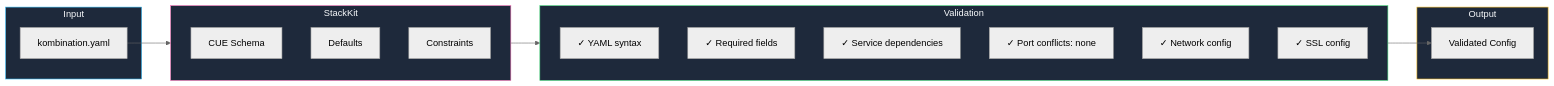
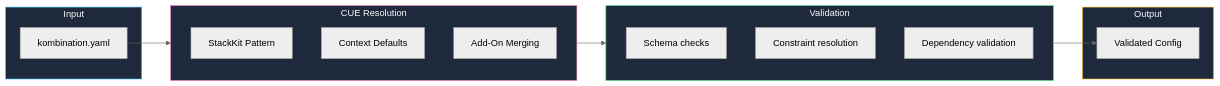
One commit to KombiverseLabs/docs changed the first of 2 diagrams in concepts/stackkits.mdx. Above: the diagram before and after it, drawn with Mermaid (neutral theme). The commit also changed other lines of this file and 1 other file, not shown here.

First line of the commit message:
docs: rewrite StackKits pages for v4 architecture

````diff
--- a/concepts/stackkits.mdx
+++ b/concepts/stackkits.mdx
@@ -188,34 +175,31 @@
 ```mermaid
 flowchart LR
     subgraph Input
         YAML["kombination.yaml"]
     end
 
-    subgraph StackKit
-        CUE["CUE Schema"]
-        Defaults["Defaults"]
-        Constraints["Constraints"]
+    subgraph Resolution["CUE Resolution"]
+        Kit["StackKit Pattern"]
+        Ctx["Context Defaults"]
+        AO["Add-On Merging"]
     end
 
     subgraph Validation
-        V1["✓ YAML syntax"]
-        V2["✓ Required fields"]
-        V3["✓ Service dependencies"]
-        V4["✓ Port conflicts: none"]
-        V5["✓ Network config"]
-        V6["✓ SSL config"]
+        V1["Schema checks"]
+        V2["Constraint resolution"]
+        V3["Dependency validation"]
     end
 
     subgraph Output
         Config["Validated Config"]
     end
 
-    YAML --> StackKit
-    StackKit --> Validation
+    YAML --> Resolution
+    Resolution --> Validation
     Validation --> Config
 
     style Input fill:#1e293b,stroke:#38bdf8,color:#f8fafc
-    style StackKit fill:#1e293b,stroke:#f472b6,color:#f8fafc
+    style Resolution fill:#1e293b,stroke:#f472b6,color:#f8fafc
     style Validation fill:#1e293b,stroke:#4ade80,color:#f8fafc
     style Output fill:#1e293b,stroke:#fbbf24,color:#f8fafc
 ```
````
